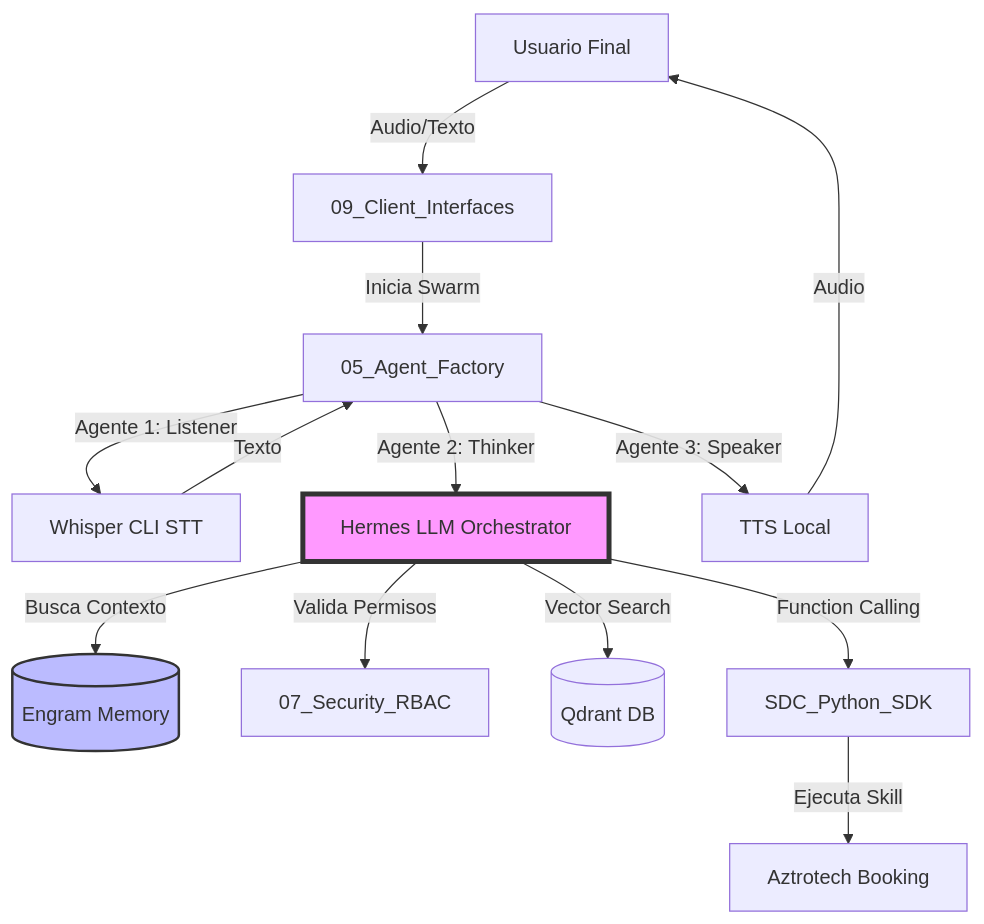
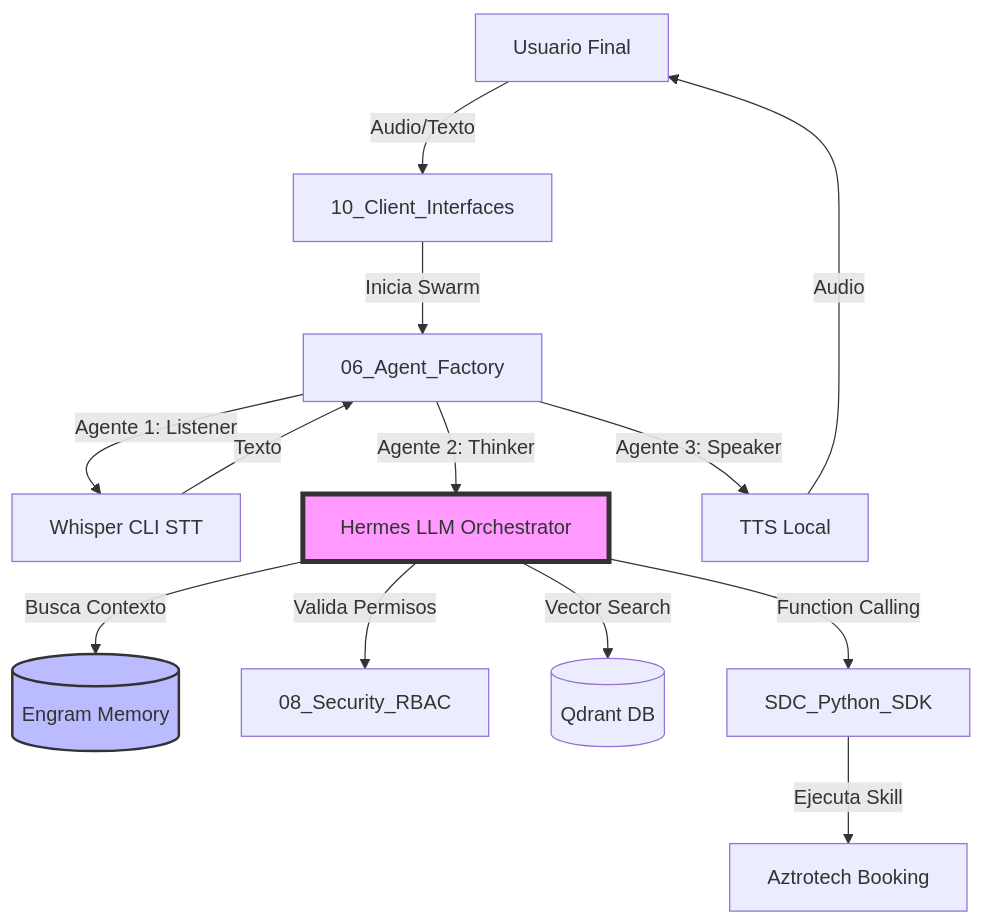
Before and after one commit to sonoradigitalcorp-H/Sonora-Digital-Corp: the diagram in 01_Core_Platform/03_Agentic_Infrastructure/Databases/Obsidian_Vault/Architecture_Map.md, drawn with Mermaid. The commit also changed 933 other files, not shown here.

````diff
--- a/01_Core_Platform/03_Agentic_Infrastructure/Databases/Obsidian_Vault/Architecture_Map.md
+++ b/01_Core_Platform/03_Agentic_Infrastructure/Databases/Obsidian_Vault/Architecture_Map.md
@@ -3,17 +3,17 @@
 ```mermaid
 graph TD
-    User[Usuario Final] -->|Audio/Texto| API_Gateway[09_Client_Interfaces]
-    API_Gateway -->|Inicia Swarm| Factory[05_Agent_Factory]
+    User[Usuario Final] -->|Audio/Texto| API_Gateway[10_Client_Interfaces]
+    API_Gateway -->|Inicia Swarm| Factory[06_Agent_Factory]
     Factory -->|Agente 1: Listener| Whisper[Whisper CLI STT]
     Whisper -->|Texto| Factory
     Factory -->|Agente 2: Thinker| Hermes[Hermes LLM Orchestrator]
     Hermes -->|Busca Contexto| Engram[(Engram Memory)]
-    Hermes -->|Valida Permisos| RBAC[07_Security_RBAC]
+    Hermes -->|Valida Permisos| RBAC[08_Security_RBAC]
     Hermes -->|Vector Search| Qdrant[(Qdrant DB)]
     Hermes -->|Function Calling| SDK[SDC_Python_SDK]
     SDK -->|Ejecuta Skill| Aztrotech[Aztrotech Booking]
     Factory -->|Agente 3: Speaker| TTS[TTS Local]
     TTS -->|Audio| User
     style Hermes fill:#f9f,stroke:#333,stroke-width:4px
     style Engram fill:#bbf,stroke:#333,stroke-width:2px
 ```
````
